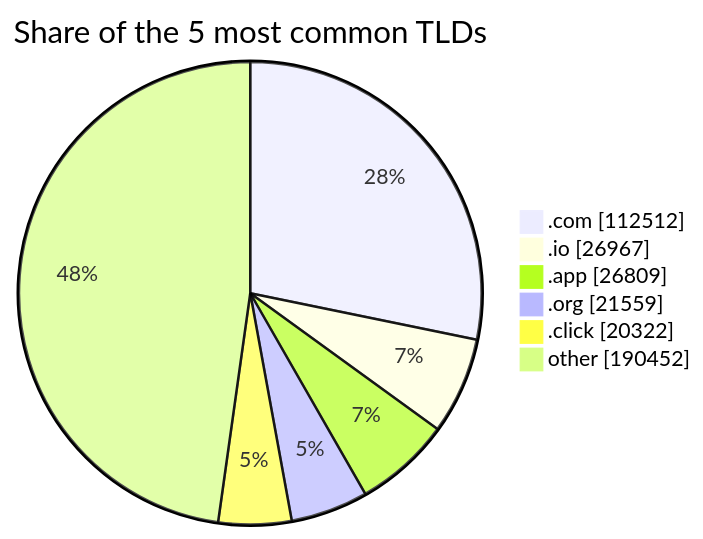
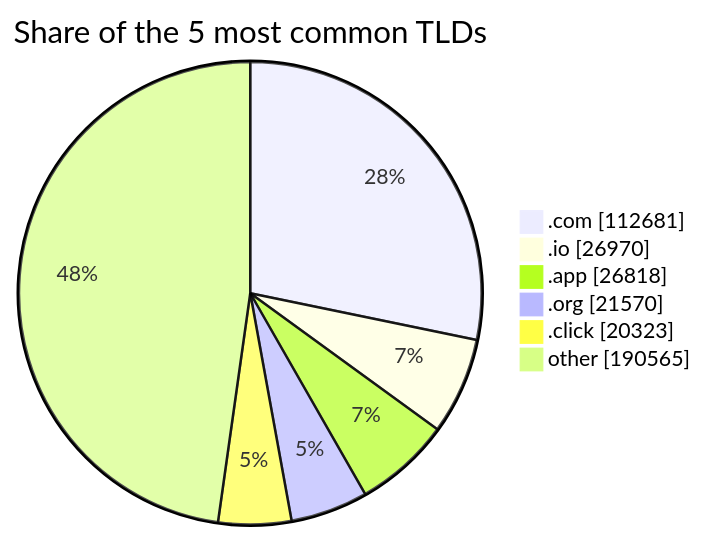
One commit to DNSBunker/CTI changed the third of 3 diagrams in README.md. Above: the diagram before and after it, drawn with Mermaid. The commit also changed other lines of this file and 3 other files, not shown here.

````diff
--- a/README.md
+++ b/README.md
@@ -81,9 +81,9 @@
 ```mermaid
 pie showData title Share of the 5 most common TLDs
-    ".com" : 112512
-    ".io" : 26967
-    ".app" : 26809
-    ".org" : 21559
-    ".click" : 20322
-    "other" : 190452
+    ".com" : 112681
+    ".io" : 26970
+    ".app" : 26818
+    ".org" : 21570
+    ".click" : 20323
+    "other" : 190565
 ```
````
